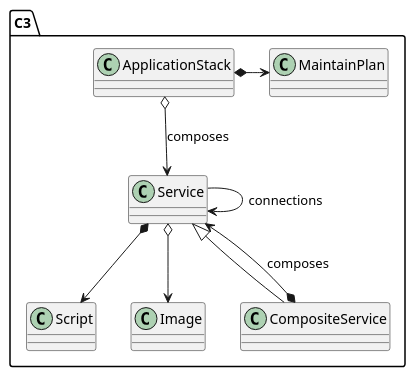
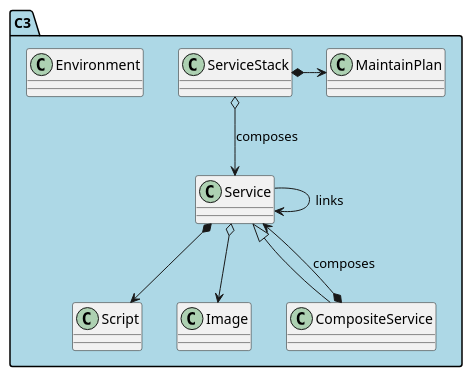
One commit to CAADE/C3 changed the diagram in docs/HighLevelConcepts.puml. Above: the diagram before and after it, drawn with PlantUML. The commit also changed 252 other files, not shown here.

```diff
--- a/docs/HighLevelConcepts.puml
+++ b/docs/HighLevelConcepts.puml
@@ -1,36 +1,37 @@
 @startuml
 
-package C3 {
+package C3 #lightblue {
     class MaintainPlan {
 
     }
 
     class Service {
     }
 
     Service *--> Script
 
     class Script {
     }
 
+    class Environment {
+    }
 
-    class ApplicationStack {
+    class ServiceStack {
     }
 
     class Image {
     }
 
     class CompositeService {
 
     }
 
     Service <|-- CompositeService
     CompositeService *--> Service : composes
-    ApplicationStack *-> MaintainPlan
+    ServiceStack *-> MaintainPlan
     Service o--> Image
-    ApplicationStack o--> Service : composes
-    Service --> Service : connections
-
+    ServiceStack o--> Service : composes
+    Service -> Service : links
 }
 
 @enduml
```
